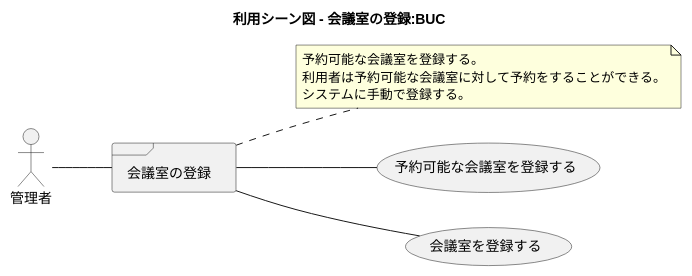
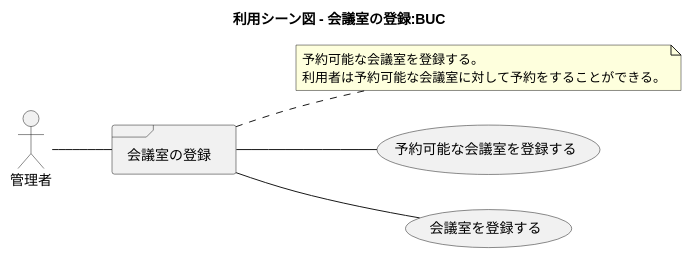
One commit to k2works/case-study-mrs changed the tenth of 23 diagrams in docs/index.adoc. Above: the diagram before and after it, drawn with PlantUML. The commit also changed other lines of this file, not shown here.

```diff
--- a/docs/index.adoc
+++ b/docs/index.adoc
@@ -327,26 +325,25 @@
 [plantuml]
 ----
 @startuml
 
 title 利用シーン図 - 会議室の登録:BUC
 
 left to right direction
 
 actor 管理者 as ac_01
 
 frame 会議室の登録
 note right of 会議室の登録
    予約可能な会議室を登録する。
    利用者は予約可能な会議室に対して予約をすることができる。
-   システムに手動で登録する。
 end note
 
 usecase 予約可能な会議室を登録する
 
 :ac_01: -- 会議室の登録
 会議室の登録 -- (会議室を登録する)
 会議室の登録 -- (予約可能な会議室を登録する)
 
 
 @enduml
 ----
```
